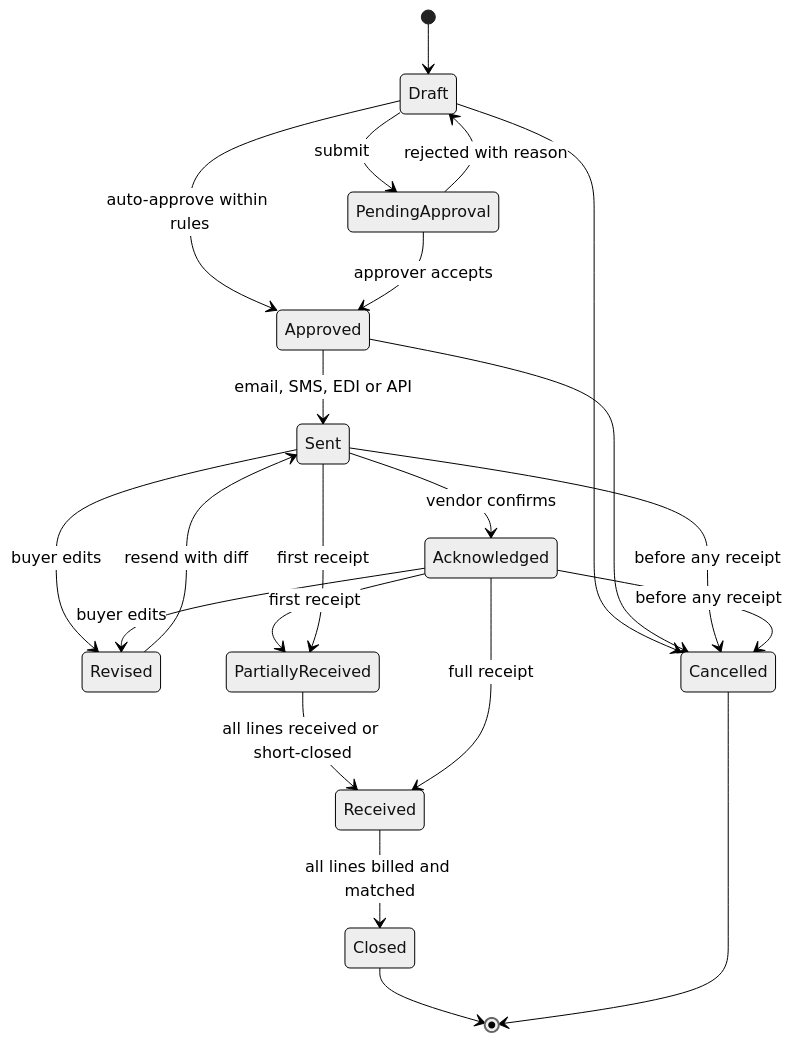
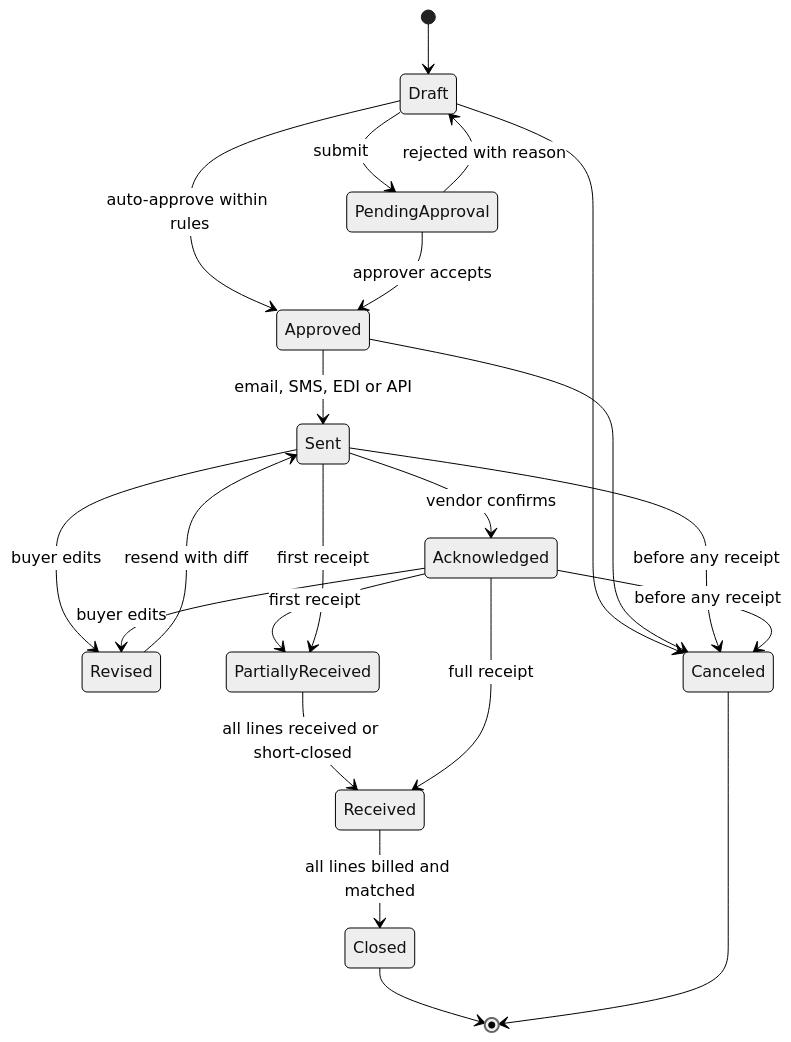
Before and after one commit to jdinard/landscape: the second of 14 diagrams in docs/13-operations-inventory-equipment.md, drawn with Mermaid (neutral theme). The commit also changed other lines of this file and 21 other files, not shown here.

````diff
--- a/docs/13-operations-inventory-equipment.md
+++ b/docs/13-operations-inventory-equipment.md
@@ -1018,24 +1036,24 @@
 ```mermaid
 stateDiagram-v2
     [*] --> Draft
     Draft --> PendingApproval : submit
     Draft --> Approved : auto-approve within rules
     PendingApproval --> Approved : approver accepts
     PendingApproval --> Draft : rejected with reason
     Approved --> Sent : email, SMS, EDI or API
     Sent --> Acknowledged : vendor confirms
     Sent --> Revised : buyer edits
     Acknowledged --> Revised : buyer edits
     Revised --> Sent : resend with diff
     Acknowledged --> PartiallyReceived : first receipt
     Sent --> PartiallyReceived : first receipt
     PartiallyReceived --> Received : all lines received or short-closed
     Acknowledged --> Received : full receipt
     Received --> Closed : all lines billed and matched
-    Draft --> Cancelled
-    Approved --> Cancelled
-    Sent --> Cancelled : before any receipt
-    Acknowledged --> Cancelled : before any receipt
+    Draft --> Canceled
+    Approved --> Canceled
+    Sent --> Canceled : before any receipt
+    Acknowledged --> Canceled : before any receipt
     Closed --> [*]
-    Cancelled --> [*]
+    Canceled --> [*]
 ```
````
